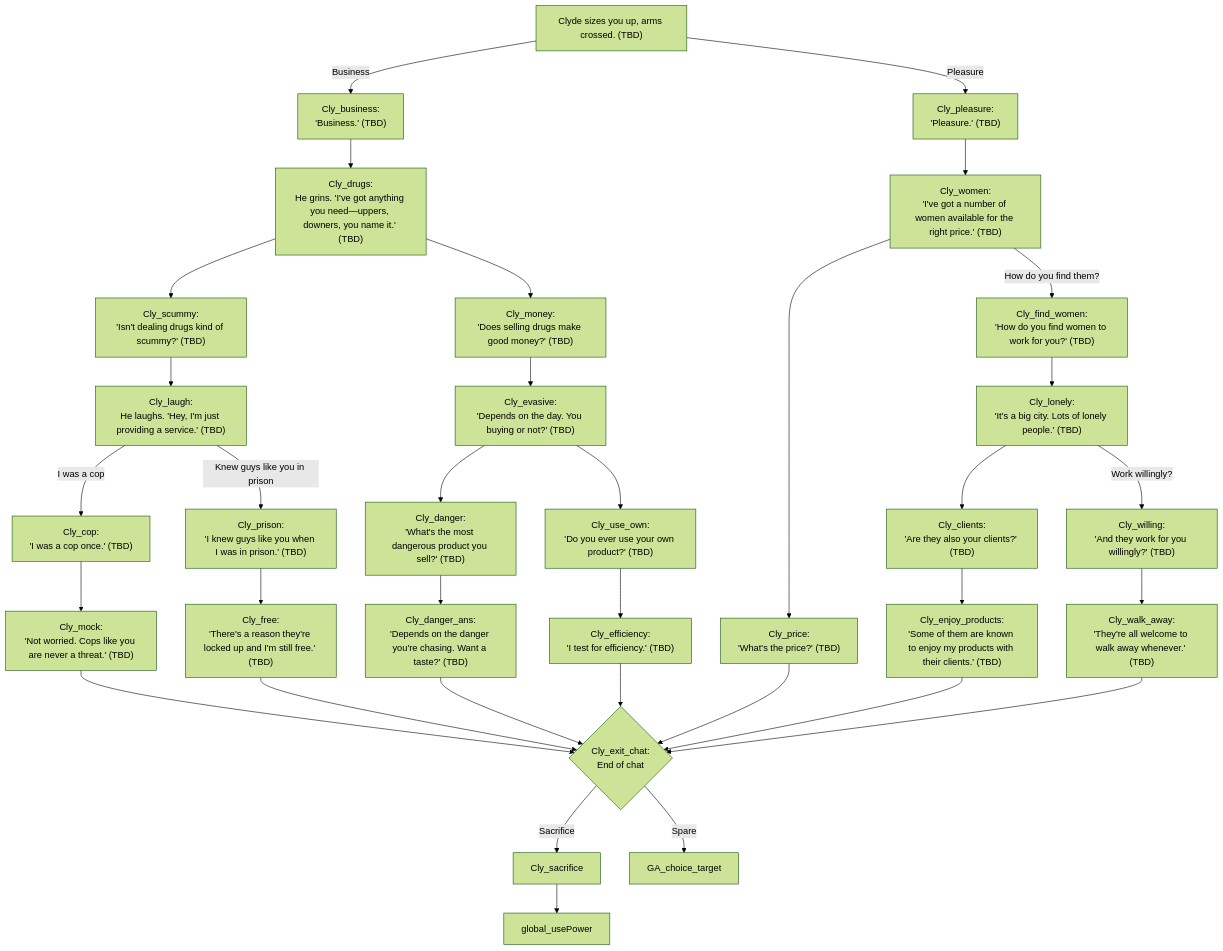
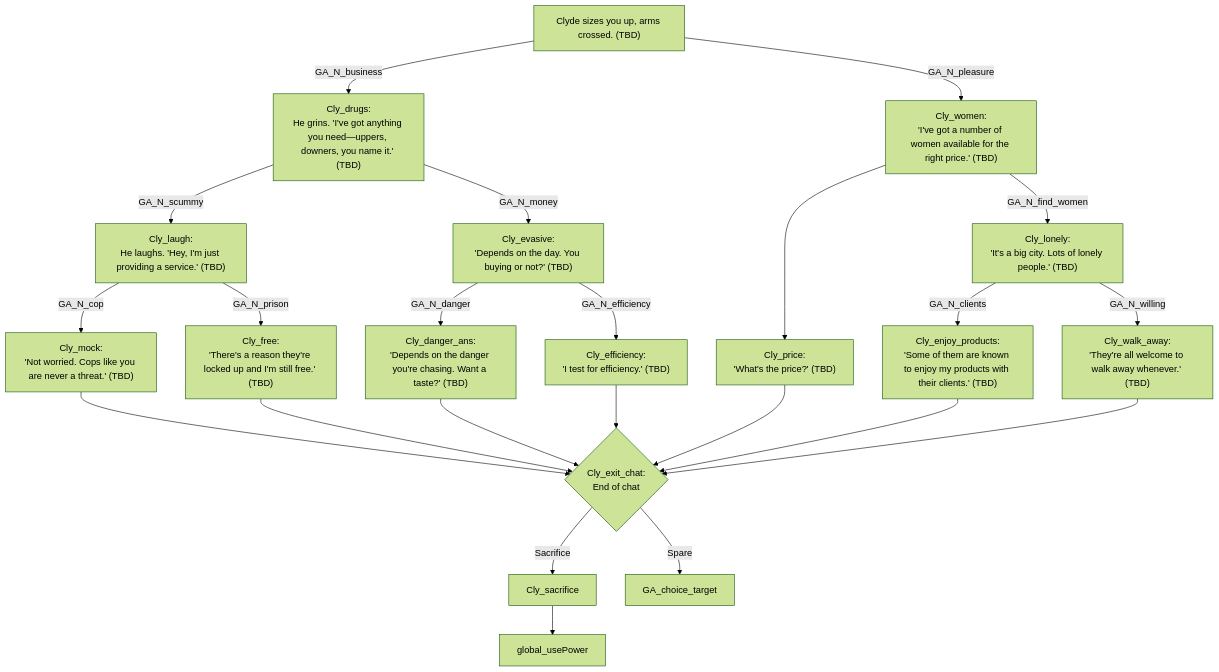
Before and after one commit to ivalace/horror-game-jam-2025: the diagram in Clyde.mmd, drawn with Mermaid (forest theme). The commit also changed 2 other files, not shown here.

Commit message:
corrected node IDs and cleaned flow for GA location

```diff
--- a/Clyde.mmd
+++ b/Clyde.mmd
@@ -1,35 +1,24 @@
 flowchart TD
 direction LR
-Cly_greet["Clyde sizes you up, arms crossed. (TBD)"] -->|Business| Cly_business
-Cly_greet -->|Pleasure| Cly_pleasure
-Cly_business["Cly_business:<br/>'Business.' (TBD)"] --> Cly_drugs
-Cly_drugs["Cly_drugs:<br/>He grins. 'I've got anything you need—uppers, downers, you name it.' (TBD)"] --> Cly_scummy
-Cly_drugs --> Cly_money
-Cly_money["Cly_money:<br/>'Does selling drugs make good money?' (TBD)"] --> Cly_evasive
-Cly_evasive["Cly_evasive:<br/>'Depends on the day. You buying or not?' (TBD)"] --> Cly_danger
-Cly_evasive --> Cly_use_own
-Cly_scummy["Cly_scummy:<br/>'Isn't dealing drugs kind of scummy?' (TBD)"] --> Cly_laugh
-Cly_laugh["Cly_laugh:<br/>He laughs. 'Hey, I'm just providing a service.' (TBD)"] -->|I was a cop| Cly_cop
-Cly_laugh -->|Knew guys like you in prison| Cly_prison
-Cly_danger["Cly_danger:<br/>'What's the most dangerous product you sell?' (TBD)"] --> Cly_danger_ans
+Cly_greet["Clyde sizes you up, arms crossed. (TBD)"] -->|GA_N_business| Cly_drugs
+Cly_greet -->|GA_N_pleasure| Cly_women
+Cly_drugs["Cly_drugs:<br/>He grins. 'I've got anything you need—uppers, downers, you name it.' (TBD)"] --> |GA_N_scummy| Cly_laugh
+Cly_drugs --> |GA_N_money| Cly_evasive
+Cly_evasive["Cly_evasive:<br/>'Depends on the day. You buying or not?' (TBD)"] --> |GA_N_danger| Cly_danger_ans
+Cly_evasive --> |GA_N_efficiency| Cly_efficiency
+Cly_laugh["Cly_laugh:<br/>He laughs. 'Hey, I'm just providing a service.' (TBD)"] -->|GA_N_cop| Cly_mock
+Cly_laugh -->|GA_N_prison| Cly_free
 Cly_danger_ans["Cly_danger_ans:<br/>'Depends on the danger you're chasing. Want a taste?' (TBD)"] --> Cly_exit_chat
-Cly_use_own["Cly_use_own:<br/>'Do you ever use your own product?' (TBD)"] --> Cly_efficiency
 Cly_efficiency["Cly_efficiency:<br/>'I test for efficiency.' (TBD)"] --> Cly_exit_chat
-Cly_pleasure["Cly_pleasure:<br/>'Pleasure.' (TBD)"] --> Cly_women
 Cly_women["Cly_women:<br/>'I've got a number of women available for the right price.' (TBD)"] --> Cly_price
-Cly_women -->|How do you find them?| Cly_find_women
-Cly_find_women["Cly_find_women:<br/>'How do you find women to work for you?' (TBD)"] --> Cly_lonely
-Cly_lonely["Cly_lonely:<br/>'It's a big city. Lots of lonely people.' (TBD)"] --> Cly_clients
-Cly_lonely -->|Work willingly?| Cly_willing
-Cly_willing["Cly_willing:<br/>'And they work for you willingly?' (TBD)"] --> Cly_walk_away
+Cly_women -->|GA_N_find_women| Cly_lonely
+Cly_lonely["Cly_lonely:<br/>'It's a big city. Lots of lonely people.' (TBD)"] --> |GA_N_clients| Cly_enjoy_products
+Cly_lonely -->|GA_N_willing| Cly_walk_away
 Cly_walk_away["Cly_walk_away:<br/>'They're all welcome to walk away whenever.' (TBD)"] --> Cly_exit_chat
-Cly_clients["Cly_clients:<br/>'Are they also your clients?' (TBD)"] --> Cly_enjoy_products
 Cly_enjoy_products["Cly_enjoy_products:<br/>'Some of them are known to enjoy my products with their clients.' (TBD)"] --> Cly_exit_chat
 Cly_price["Cly_price:<br/>'What's the price?' (TBD)"] --> Cly_exit_chat
 Cly_exit_chat{"Cly_exit_chat:<br/>End of chat"} -->|Sacrifice| Cly_sacrifice
 Cly_exit_chat -->|Spare| GA_choice_target
-Cly_cop["Cly_cop:<br/>'I was a cop once.' (TBD)"] --> Cly_mock
 Cly_mock["Cly_mock:<br/>'Not worried. Cops like you are never a threat.' (TBD)"] --> Cly_exit_chat
-Cly_prison["Cly_prison:<br/>'I knew guys like you when I was in prison.' (TBD)"] --> Cly_free
 Cly_free["Cly_free:<br/>'There's a reason they're locked up and I'm still free.' (TBD)"] --> Cly_exit_chat
 Cly_sacrifice --> global_usePower
```
